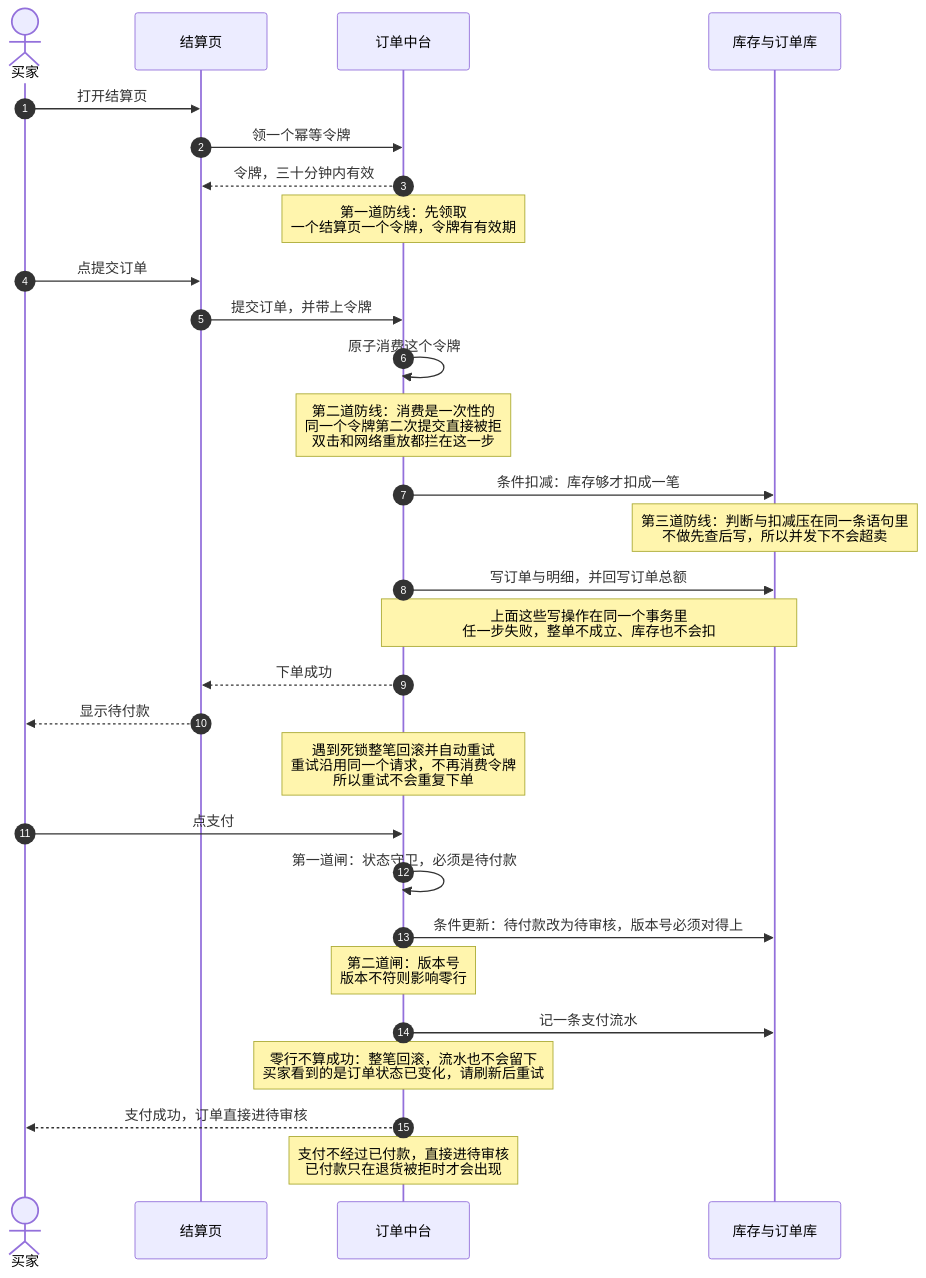
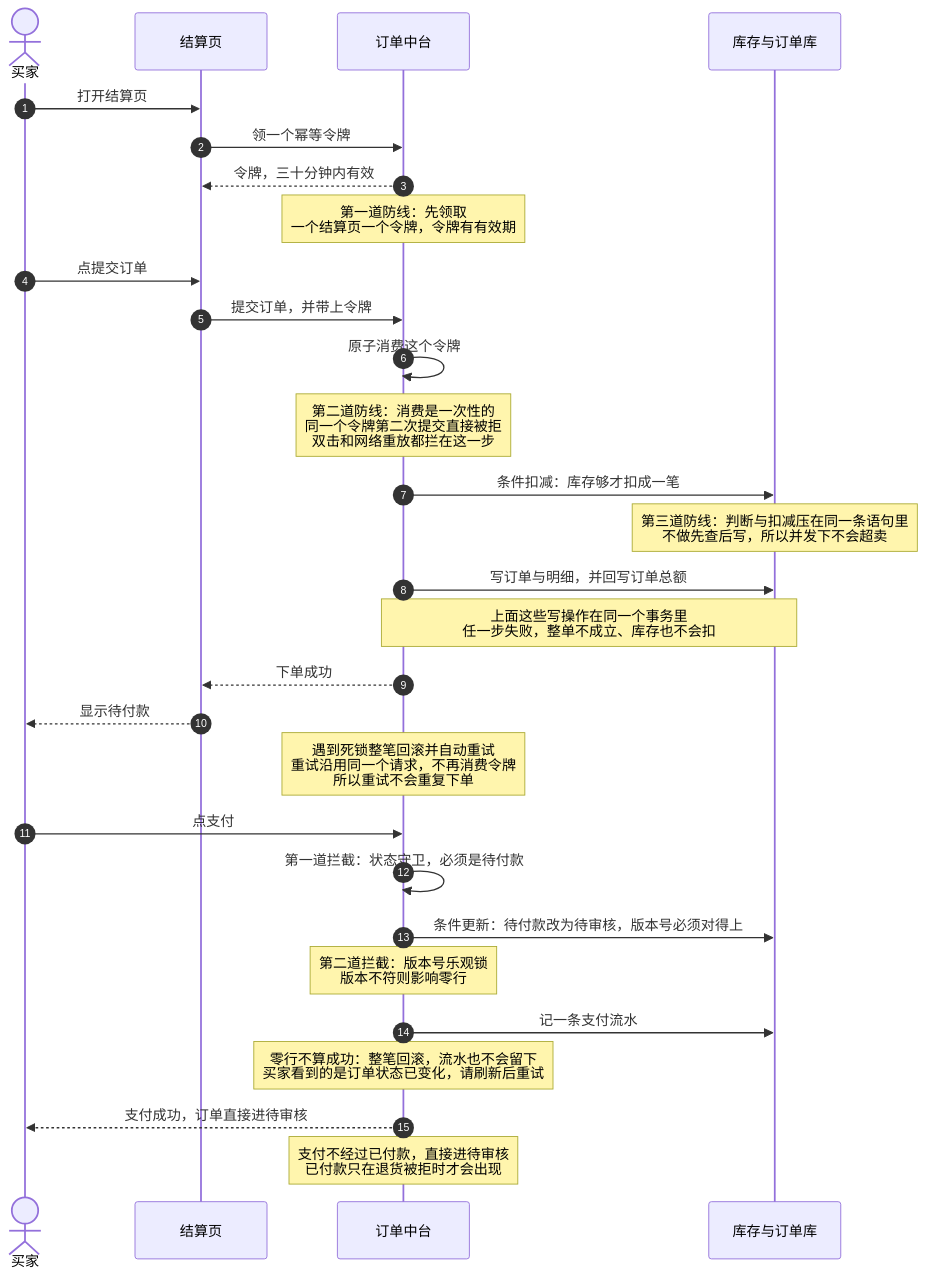
One commit to zzy-repo/qiqi-mall changed the diagram in docs/flows/03-机制时序/4-下单与支付.mmd. Above: the diagram before and after it, drawn with Mermaid. The commit also changed 231 other files, not shown here.

```diff
--- a/docs/flows/03-机制时序/4-下单与支付.mmd
+++ b/docs/flows/03-机制时序/4-下单与支付.mmd
@@ -1,35 +1,35 @@
 sequenceDiagram
     autonumber
     actor 买家
     participant 结算页
     participant 订单中台
     participant 库存与订单库
 
     %% 下单：幂等令牌的三次防线
 
     买家->>结算页: 打开结算页
     结算页->>订单中台: 领一个幂等令牌
     订单中台-->>结算页: 令牌，三十分钟内有效
     note over 订单中台: 第一道防线：先领取<br/>一个结算页一个令牌，令牌有有效期
     买家->>结算页: 点提交订单
     结算页->>订单中台: 提交订单，并带上令牌
     订单中台->>订单中台: 原子消费这个令牌
     note over 订单中台: 第二道防线：消费是一次性的<br/>同一个令牌第二次提交直接被拒<br/>双击和网络重放都拦在这一步
     订单中台->>库存与订单库: 条件扣减：库存够才扣成一笔
     note over 库存与订单库: 第三道防线：判断与扣减压在同一条语句里<br/>不做先查后写，所以并发下不会超卖
     订单中台->>库存与订单库: 写订单与明细，并回写订单总额
     note over 订单中台,库存与订单库: 上面这些写操作在同一个事务里<br/>任一步失败，整单不成立、库存也不会扣
     订单中台-->>结算页: 下单成功
     结算页-->>买家: 显示待付款
     note over 订单中台: 遇到死锁整笔回滚并自动重试<br/>重试沿用同一个请求，不再消费令牌<br/>所以重试不会重复下单
 
-    %% 支付：两道闸
+    %% 支付：两次拦截
 
     买家->>订单中台: 点支付
-    订单中台->>订单中台: 第一道闸：状态守卫，必须是待付款
+    订单中台->>订单中台: 第一道拦截：状态守卫，必须是待付款
     订单中台->>库存与订单库: 条件更新：待付款改为待审核，版本号必须对得上
-    note over 订单中台: 第二道闸：版本号<br/>版本不符则影响零行
+    note over 订单中台: 第二道拦截：版本号乐观锁<br/>版本不符则影响零行
     订单中台->>库存与订单库: 记一条支付流水
     note over 订单中台: 零行不算成功：整笔回滚，流水也不会留下<br/>买家看到的是订单状态已变化，请刷新后重试
     订单中台-->>买家: 支付成功，订单直接进待审核
     note over 订单中台: 支付不经过已付款，直接进待审核<br/>已付款只在退货被拒时才会出现
```
